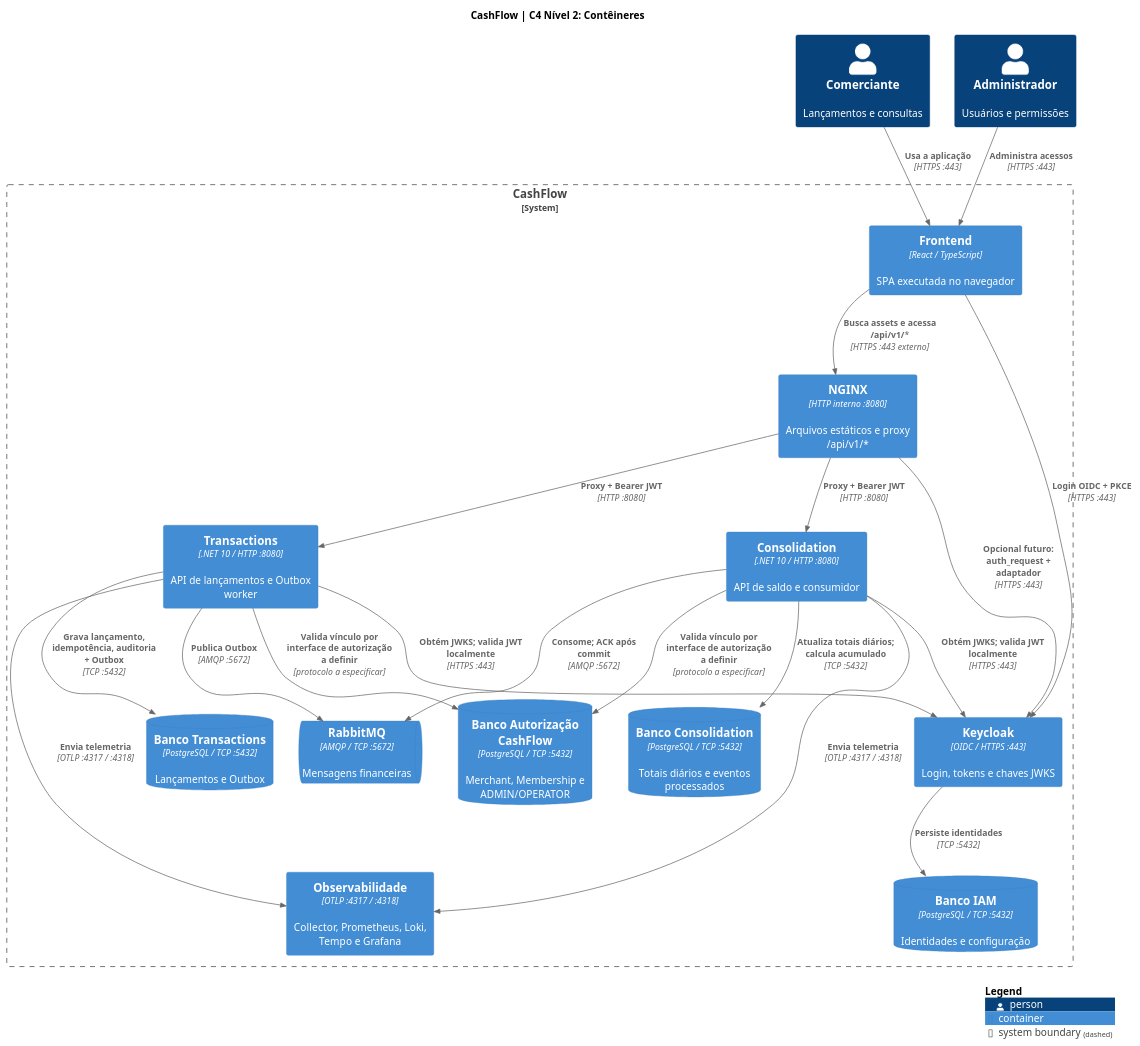
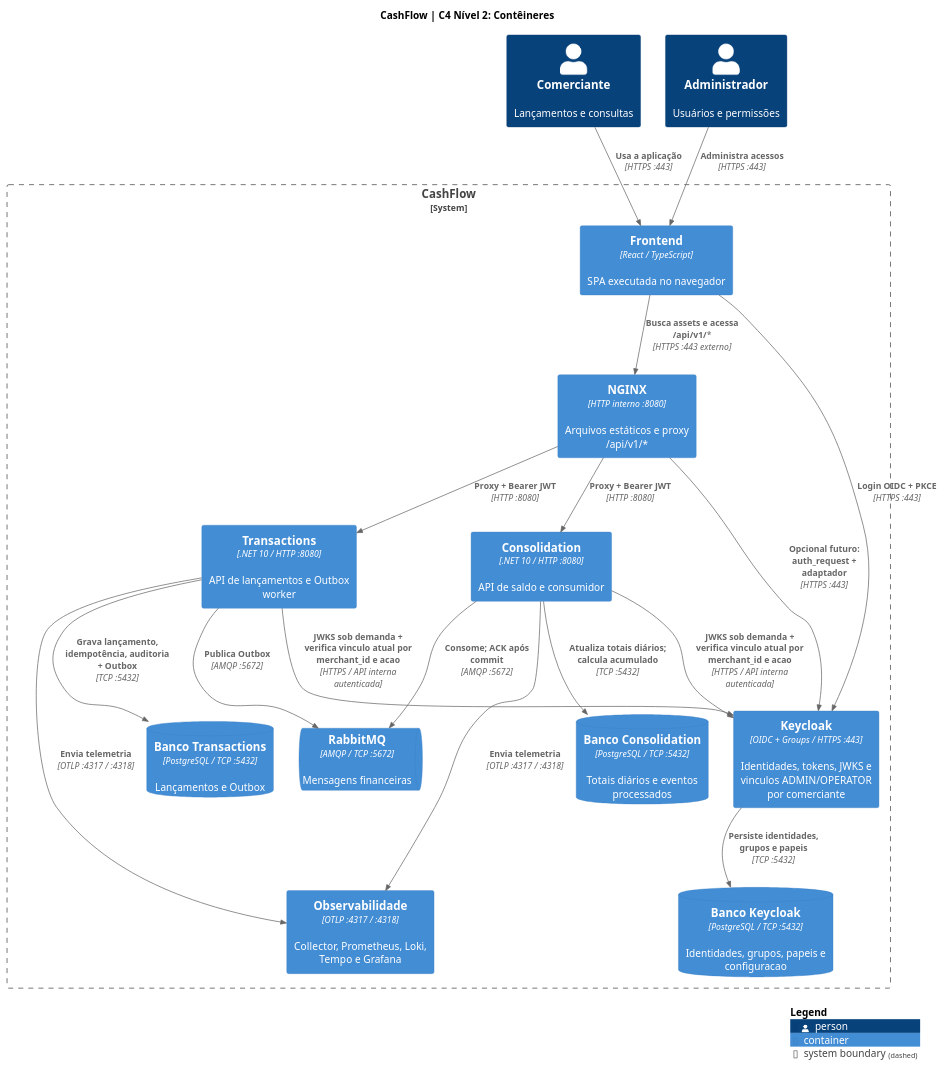
One commit to wolwerr/CashFlow-Architecture changed the diagram in docs/architecture/plantuml/c4-containers.puml. Above: the diagram before and after it, drawn with PlantUML.

Commit message:
docs(diagrams): align c4-containers with Keycloak merchant authorization

```diff
--- a/docs/architecture/plantuml/c4-containers.puml
+++ b/docs/architecture/plantuml/c4-containers.puml
@@ -1,68 +1,67 @@
 @startuml CashFlow_Containers
 !include <C4/C4_Container>
 
 title CashFlow | C4 Nível 2: Contêineres
 LAYOUT_TOP_DOWN()
 
 Person(comerciante, "Comerciante", "Lançamentos e consultas")
 Person(admin, "Administrador", "Usuários e permissões")
 
 System_Boundary(cashflow, "CashFlow") {
   Container(web, "Frontend", "React / TypeScript", "SPA executada no navegador")
   Container(nginx, "NGINX", "HTTP interno :8080", "Arquivos estáticos e proxy /api/v1/*")
-  Container(iam, "Keycloak", "OIDC / HTTPS :443", "Login, tokens e chaves JWKS")
-  ContainerDb(db_iam, "Banco IAM", "PostgreSQL / TCP :5432", "Identidades e configuração")
-  ContainerDb(db_authorization, "Banco Autorização CashFlow", "PostgreSQL / TCP :5432", "Merchant, Membership e ADMIN/OPERATOR")
+  Container(iam, "Keycloak", "OIDC + Groups / HTTPS :443", "Identidades, tokens, JWKS e vinculos ADMIN/OPERATOR por comerciante")
+  ContainerDb(db_iam, "Banco Keycloak", "PostgreSQL / TCP :5432", "Identidades, grupos, papeis e configuracao")
 
   Container(transactions, "Transactions", ".NET 10 / HTTP :8080", "API de lançamentos e Outbox worker")
   Container(consolidation, "Consolidation", ".NET 10 / HTTP :8080", "API de saldo e consumidor")
   ContainerQueue(rabbitmq, "RabbitMQ", "AMQP / TCP :5672", "Mensagens financeiras")
   ContainerDb(db_transactions, "Banco Transactions", "PostgreSQL / TCP :5432", "Lançamentos e Outbox")
   ContainerDb(db_consolidation, "Banco Consolidation", "PostgreSQL / TCP :5432", "Totais diários e eventos processados")
   Container(observability, "Observabilidade", "OTLP :4317 / :4318", "Collector, Prometheus, Loki, Tempo e Grafana")
 }
 
 ' Agrupamento visual: borda e IAM na parte superior;
 ' serviços financeiros no centro; dados e telemetria abaixo.
 Lay_R(comerciante, admin)
 Lay_D(web, nginx)
 Lay_R(nginx, iam)
 Lay_D(iam, db_iam)
 Lay_D(nginx, transactions)
 Lay_R(transactions, consolidation)
 Lay_D(transactions, db_transactions)
 Lay_D(consolidation, db_consolidation)
 Lay_D(transactions, rabbitmq)
 Lay_D(rabbitmq, observability)
 
 Rel(comerciante, web, "Usa a aplicação", "HTTPS :443")
 Rel(admin, web, "Administra acessos", "HTTPS :443")
 Rel(web, nginx, "Busca assets e acessa /api/v1/*", "HTTPS :443 externo")
 Rel(web, iam, "Login OIDC + PKCE", "HTTPS :443")
 
 ' Integração opcional na borda, NÃO presente no template atual.
 ' Exigiria auth_request e um serviço adaptador OIDC, ou equivalente.
 Rel(nginx, iam, "Opcional futuro: auth_request + adaptador", "HTTPS :443")
 
 Rel(nginx, transactions, "Proxy + Bearer JWT", "HTTP :8080")
 Rel(nginx, consolidation, "Proxy + Bearer JWT", "HTTP :8080")
 
 ' A validação JWT é feita localmente em CADA API.
-' As conexões JWKS/metadata são sob demanda e usam cache.
-Rel(transactions, iam, "Obtém JWKS; valida JWT localmente", "HTTPS :443")
-Rel(consolidation, iam, "Obtém JWKS; valida JWT localmente", "HTTPS :443")
+' As conexoes JWKS/metadata sao sob demanda e usam cache.
+' A autorizacao financeira consulta o vinculo atual no Keycloak por operacao;
+' sem cache positivo de permissoes inicialmente; falha de IAM = fail closed.
+Rel(transactions, iam, "JWKS sob demanda + verifica vinculo atual por merchant_id e acao", "HTTPS / API interna autenticada")
+Rel(consolidation, iam, "JWKS sob demanda + verifica vinculo atual por merchant_id e acao", "HTTPS / API interna autenticada")
 
-Rel(iam, db_iam, "Persiste identidades", "TCP :5432")
+Rel(iam, db_iam, "Persiste identidades, grupos e papeis", "TCP :5432")
 Rel(transactions, db_transactions, "Grava lançamento, idempotência, auditoria + Outbox", "TCP :5432")
-Rel(transactions, db_authorization, "Valida vínculo por interface de autorização a definir", "protocolo a especificar")
-Rel(consolidation, db_authorization, "Valida vínculo por interface de autorização a definir", "protocolo a especificar")
 Rel(consolidation, db_consolidation, "Atualiza totais diários; calcula acumulado", "TCP :5432")
 Rel(transactions, rabbitmq, "Publica Outbox", "AMQP :5672")
 Rel(consolidation, rabbitmq, "Consome; ACK após commit", "AMQP :5672")
 
 ' Para reduzir cruzamentos, a telemetria aparece como relação agrupada.
 Rel(transactions, observability, "Envia telemetria", "OTLP :4317 / :4318")
 Rel(consolidation, observability, "Envia telemetria", "OTLP :4317 / :4318")
 
 SHOW_LEGEND()
 @enduml
```
